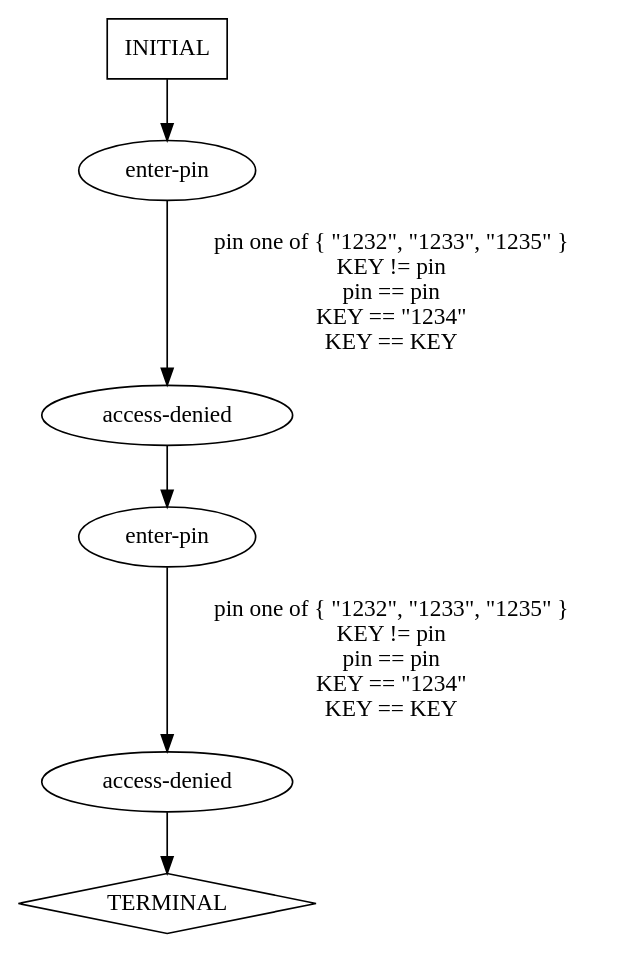
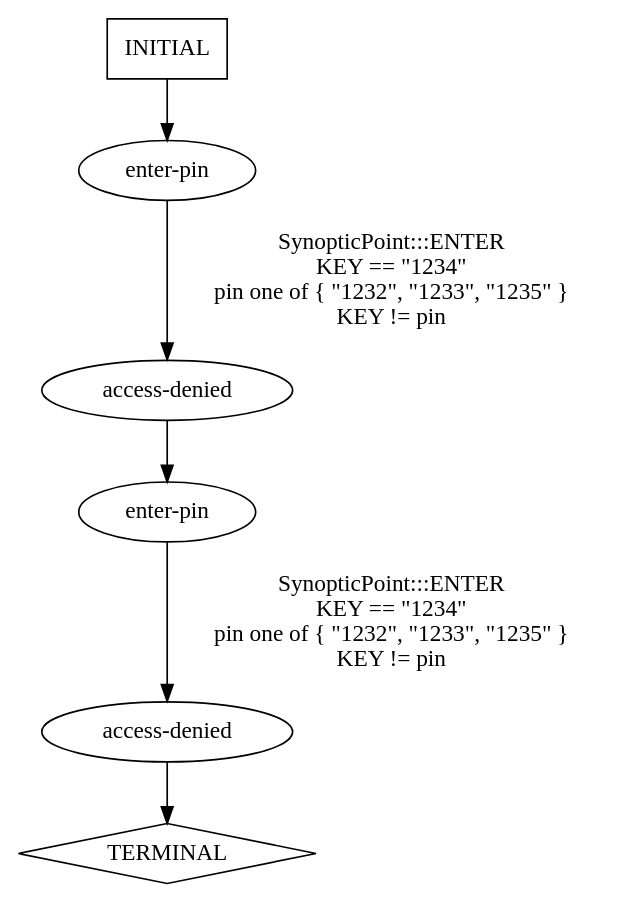
Before and after one commit to ModelInference/synoptic: the diagram in traces/abstract/verify-pin/predicted-paths/verify-pin-test9.dot, drawn with Graphviz. The commit also changed 73 other files, not shown here.

```diff
--- a/traces/abstract/verify-pin/predicted-paths/verify-pin-test9.dot
+++ b/traces/abstract/verify-pin/predicted-paths/verify-pin-test9.dot
@@ -1,13 +1,13 @@
 digraph {
   0 [label="access-denied"];
   1 [label="access-denied"];
   2 [label="enter-pin"];
   3 [label="enter-pin"];
   4 [label="TERMINAL",shape=diamond];
   5 [label="INITIAL",shape=box];
 0->3 [label="",];
 1->4 [label="",];
-2->0 [label="pin one of { \"1232\", \"1233\", \"1235\" }\nKEY != pin\npin == pin\nKEY == \"1234\"\nKEY == KEY",];
-3->1 [label="pin one of { \"1232\", \"1233\", \"1235\" }\nKEY != pin\npin == pin\nKEY == \"1234\"\nKEY == KEY",];
+2->0 [label="SynopticPoint:::ENTER\nKEY == \"1234\"\npin one of { \"1232\", \"1233\", \"1235\" }\nKEY != pin\n",];
+3->1 [label="SynopticPoint:::ENTER\nKEY == \"1234\"\npin one of { \"1232\", \"1233\", \"1235\" }\nKEY != pin\n",];
 5->2 [label="",];
 } // digraph {
```
